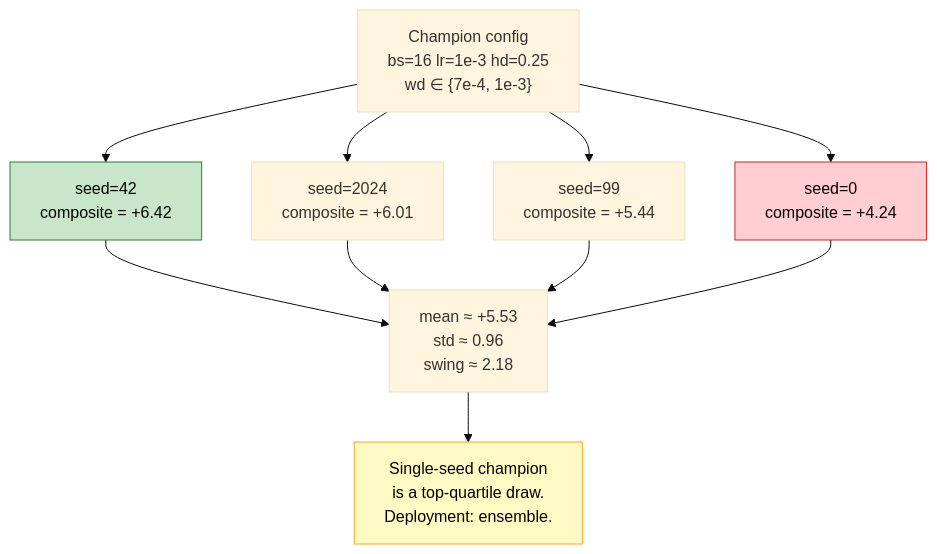
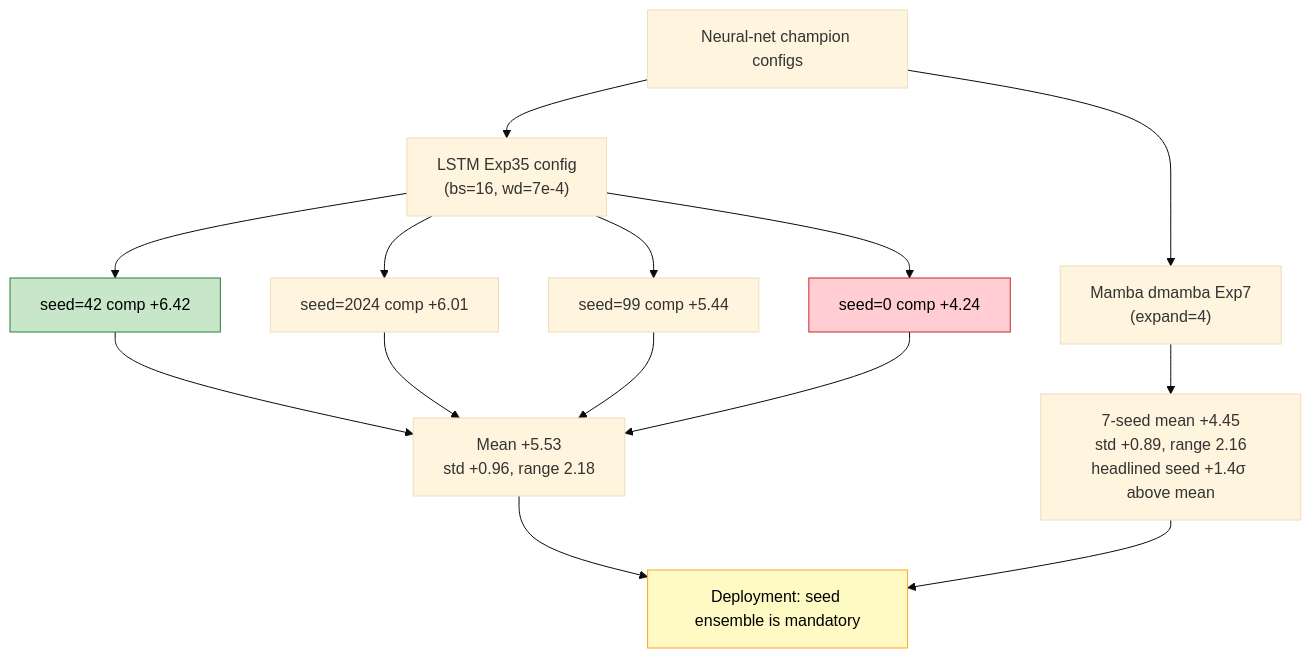
Before and after one commit to dlmastery/autoresearch: the fifth of 8 diagrams in autoresearch/autoresearch_results/medium_article.md, drawn with Mermaid (base theme). The commit also changed other lines of this file and 4 other files, not shown here.

First line of the commit message:
Medium v4 (11609 words) + Paper v2 (12202 words): GBM champion + ensemble findings

````diff
--- a/autoresearch/autoresearch_results/medium_article.md
+++ b/autoresearch/autoresearch_results/medium_article.md
@@ -305,22 +274,26 @@
 ```mermaid
 flowchart TD
-    A["Champion config<br/>bs=16 lr=1e-3 hd=0.25<br/>wd ∈ {7e-4, 1e-3}"]
-    A --> S42["seed=42<br/>composite = +6.42"]
-    A --> S2024["seed=2024<br/>composite = +6.01"]
-    A --> S99["seed=99<br/>composite = +5.44"]
-    A --> S0["seed=0<br/>composite = +4.24"]
+    A["Neural-net champion configs"]
+    A --> L["LSTM Exp35 config<br/>(bs=16, wd=7e-4)"]
+    L --> L42["seed=42  comp +6.42"]
+    L --> L2024["seed=2024  comp +6.01"]
+    L --> L99["seed=99  comp +5.44"]
+    L --> L0["seed=0  comp +4.24"]
+    A --> M["Mamba dmamba Exp7<br/>(expand=4)"]
+    M --> MSUM["7-seed mean +4.45<br/>std +0.89, range 2.16<br/>headlined seed +1.4σ above mean"]
 
-    S42 --> M["mean ≈ +5.53<br/>std ≈ 0.96<br/>swing ≈ 2.18"]
-    S2024 --> M
-    S99 --> M
-    S0 --> M
+    L42 --> LSUM["Mean +5.53<br/>std +0.96, range 2.18"]
+    L2024 --> LSUM
+    L99 --> LSUM
+    L0 --> LSUM
 
-    M --> C["Single-seed champion<br/>is a top-quartile draw.<br/>Deployment: ensemble."]
+    LSUM --> C["Deployment: seed ensemble is mandatory"]
+    MSUM --> C
 
     classDef best fill:#c8e6c9,stroke:#2e7d32,color:#000
     classDef worst fill:#ffcdd2,stroke:#c62828,color:#000
     classDef conclusion fill:#fff9c4,stroke:#f9a825,color:#000
-    class S42 best
-    class S0 worst
+    class L42 best
+    class L0 worst
     class C conclusion
 ```
````
